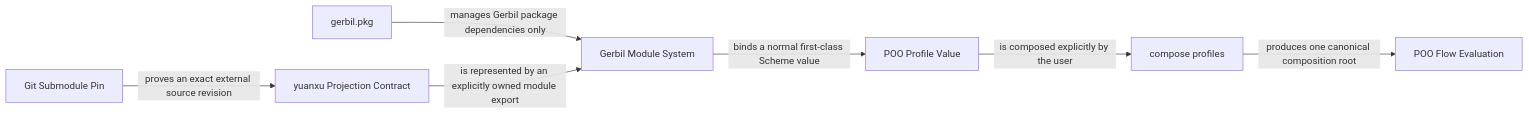
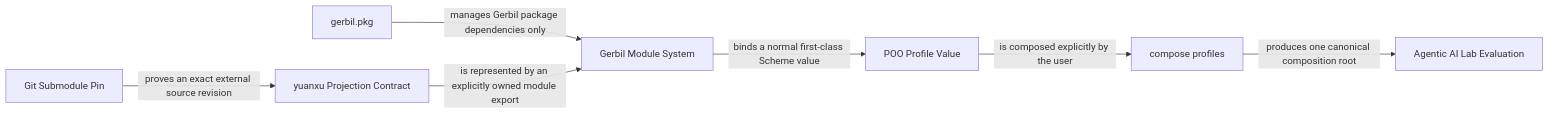
One commit to tao3k/gebril-yuanxu changed the second of 2 diagrams in module-system/design/45-79-submodule-package-module-and-profile-ownership-boundaries.org. Above: the diagram before and after it, drawn with Mermaid. The commit also changed other lines of this file and 507 other files, not shown here.

```diff
--- a/module-system/design/45-79-submodule-package-module-and-profile-ownership-boundaries.org
+++ b/module-system/design/45-79-submodule-package-module-and-profile-ownership-boundaries.org
@@ -232,9 +232,9 @@
 #+begin_src mermaid
 flowchart LR
     S["Git Submodule Pin"] -->|"proves an exact external source revision"| P["yuanxu Projection Contract"]
     G["gerbil.pkg"] -->|"manages Gerbil package dependencies only"| M["Gerbil Module System"]
     P -->|"is represented by an explicitly owned module export"| M
     M -->|"binds a normal first-class Scheme value"| V["POO Profile Value"]
     V -->|"is composed explicitly by the user"| C["compose profiles"]
-    C -->|"produces one canonical composition root"| R["POO Flow Evaluation"]
+    C -->|"produces one canonical composition root"| R["Agentic AI Lab Evaluation"]
 #+end_src
```
